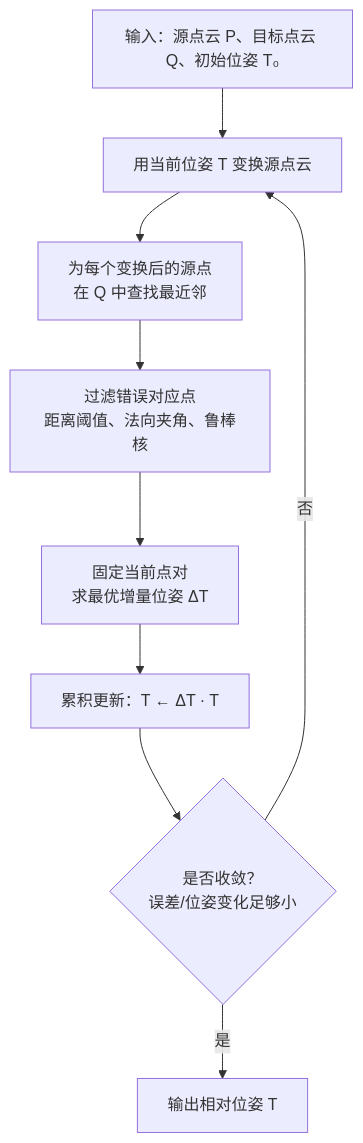
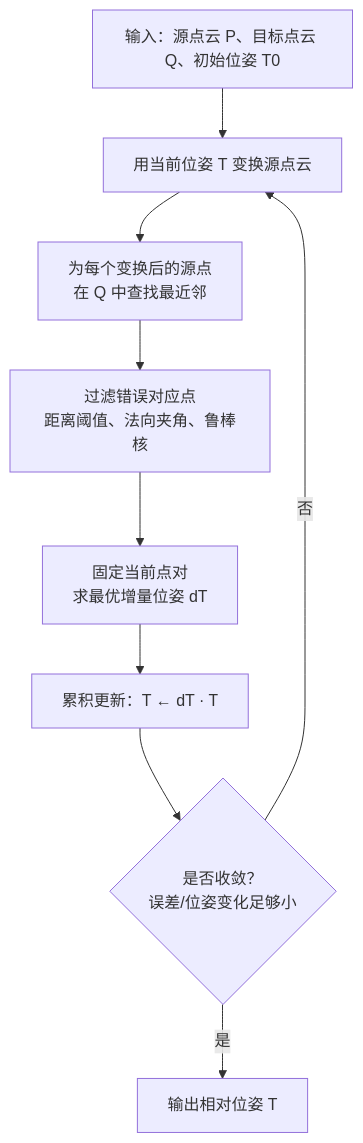
The second of 5 diagrams in src/LaserMotion/doc/ICP点线体系化学习指南.md (2KM2/ROS-NOTEIC), drawn with Mermaid before and after one commit. The commit also changed other lines of this file and 1 other file, not shown here.

First line of the commit message:
docs: fix Mermaid diagrams in ICP guides

````diff
--- a/src/LaserMotion/doc/ICP点线体系化学习指南.md
+++ b/src/LaserMotion/doc/ICP点线体系化学习指南.md
@@ -121,15 +114,11 @@
 ```mermaid
 flowchart TD
-    A[输入：源点云 P、目标点云 Q、初始位姿 T₀] --> B[用当前位姿 T 变换源点云]
-    B --> C[为每个变换后的源点
-在 Q 中查找最近邻]
-    C --> D[过滤错误对应点
-距离阈值、法向夹角、鲁棒核]
-    D --> E[固定当前点对
-求最优增量位姿 ΔT]
-    E --> F[累积更新：T ← ΔT · T]
-    F --> G{是否收敛？
-误差/位姿变化足够小}
+    A["输入：源点云 P、目标点云 Q、初始位姿 T0"] --> B["用当前位姿 T 变换源点云"]
+    B --> C["为每个变换后的源点<br/>在 Q 中查找最近邻"]
+    C --> D["过滤错误对应点<br/>距离阈值、法向夹角、鲁棒核"]
+    D --> E["固定当前点对<br/>求最优增量位姿 dT"]
+    E --> F["累积更新：T ← dT · T"]
+    F --> G{"是否收敛？<br/>误差/位姿变化足够小"}
     G -->|否| B
-    G -->|是| H[输出相对位姿 T]
+    G -->|是| H["输出相对位姿 T"]
 ```
````
